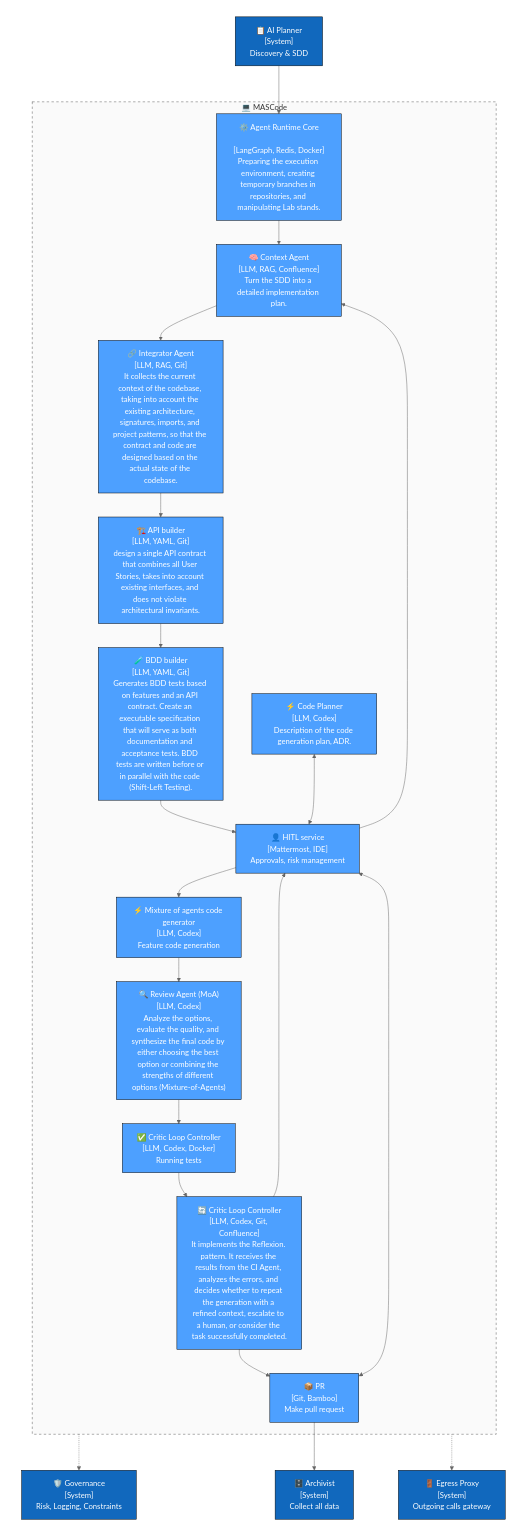
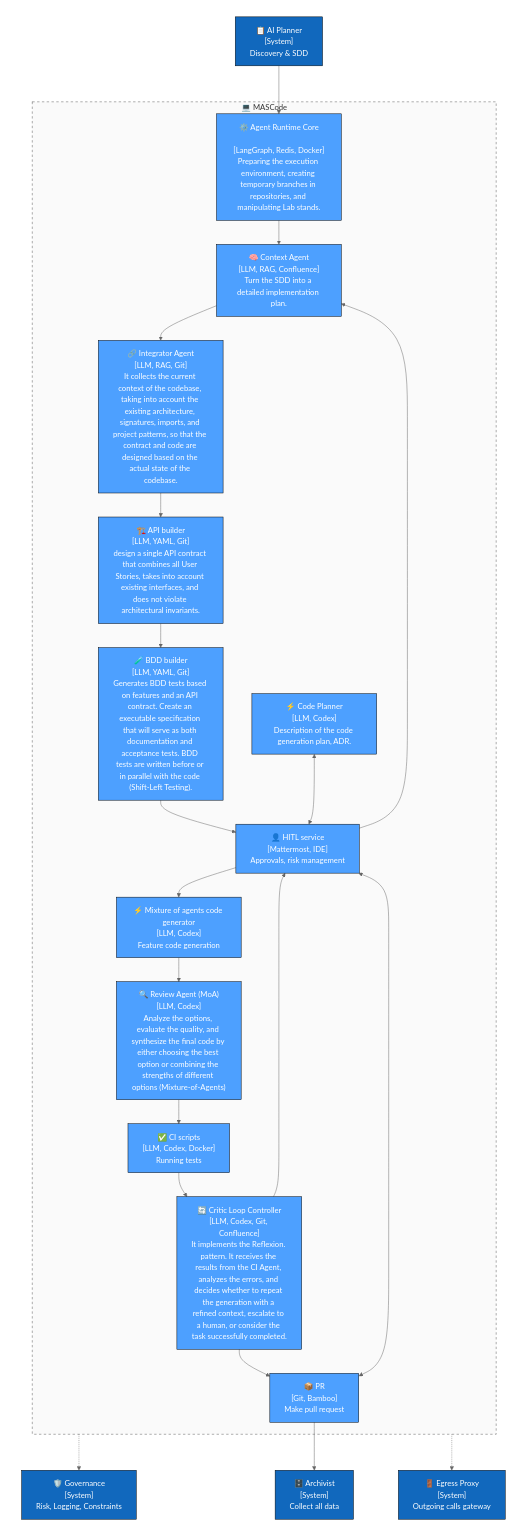
The diagram in c4schemes/container_coder.mmd (Kir-Za/MAS), drawn with Mermaid (neutral theme) before and after one commit. The commit also changed 1 other file, not shown here.

```diff
--- a/c4schemes/container_coder.mmd
+++ b/c4schemes/container_coder.mmd
@@ -1,48 +1,48 @@
 flowchart TD
     classDef actor fill:#08427b,stroke:#000,color:#fff,stroke-width:2px;
     classDef system fill:#1168bd,stroke:#000,color:#fff;
     classDef container fill:#4DA0FF,stroke:#000,color:#fff;
     classDef external fill:#999,stroke:#333,color:#fff;
 
     subgraph group_internal_0[" "]
         planner["📋 AI Planner<br/>[System]<br/>Discovery & SDD"]:::system
     end
 
     subgraph group_internal_1["💻 MASCode"]
         runtime_core["⚙️ Agent Runtime Core<br/><br/>[LangGraph, Redis, Docker]<br/>Preparing the execution environment, creating temporary branches in repositories, and manipulating Lab stands."]:::container
         context_agent["🧠 Context Agent<br/>[LLM, RAG, Confluence]<br/>Turn the SDD into a detailed implementation plan."]:::container
         integrator_agent["🔗 Integrator Agent<br/>[LLM, RAG, Git]<br/>It collects the current context of the codebase, taking into account the existing architecture, signatures, imports, and project patterns, so that the contract and code are designed based on the actual state of the codebase."]:::container
         api_agent["🏗️ API builder<br/>[LLM, YAML, Git]<br/>design a single API contract that combines all User Stories, takes into account existing interfaces, and does not violate architectural invariants."]:::container
         bdd_agent["🧪 BDD builder<br/>[LLM, YAML, Git]<br/>Generates BDD tests based on features and an API contract. Create an executable specification that will serve as both documentation and acceptance tests. BDD tests are written before or in parallel with the code (Shift-Left Testing)."]:::container
         hitl["👤 HITL service<br/>[Mattermost, IDE]<br/>Approvals, risk management"]:::container
         code_plan_agent["⚡ Code Planner<br/>[LLM, Codex]<br/>Description of the code generation plan, ADR."]:::container
         code_agent["⚡ Mixture of agents code generator<br/>[LLM, Codex]<br/>Feature code generation"]:::container
         review_agent["🔍 Review Agent (MoA)<br/>[LLM, Codex]<br/>Analyze the options, evaluate the quality, and synthesize the final code by either choosing the best option or combining the strengths of different options (Mixture-of-Agents)"]:::container
         critic_agent["🔄 Critic Loop Controller<br/>[LLM, Codex, Git, Confluence]<br/>It implements the Reflexion. pattern. It receives the results from the CI Agent, analyzes the errors, and decides whether to repeat the generation with a refined context, escalate to a human, or consider the task successfully completed."]:::container
-        ci_scripts["✅ Critic Loop Controller<br/>[LLM, Codex, Docker]<br/>Running tests"]:::container       
+        ci_scripts["✅ CI scripts<br/>[LLM, Codex, Docker]<br/>Running tests"]:::container       
         pr_scripts["📦 PR<br/>[Git, Bamboo]<br/>Make pull request"]:::container
 
     end
 
     subgraph group_internal_2[" "]
         governance["🛡️ Governance<br/>[System]<br/>Risk, Logging, Constraints"]:::system
         archivist["🗄️ Archivist<br/>[System]<br/>Collect all data"]:::system
         egress["🚪 Egress Proxy<br/>[System]<br/>Outgoing calls gateway"]:::system
     end
 
     planner --> runtime_core --> context_agent --> integrator_agent
     integrator_agent --> api_agent --> bdd_agent --> hitl --> code_agent
     code_agent --> review_agent --> ci_scripts --> critic_agent --> pr_scripts
 
     critic_agent --> hitl
     pr_scripts <--> hitl
     hitl --> context_agent
     code_plan_agent <--> hitl
 
     group_internal_1 -.-> governance
     pr_scripts --> archivist
     group_internal_1 -.-> egress
 
     style group_internal_0 fill:none,stroke:none,stroke-width:0px;
     style group_internal_1 stroke:#555,stroke-dasharray: 5 5,fill:#f9f9f9,fill-opacity:0.8;
     style group_internal_2 fill:none,stroke:none,stroke-width:0px;
```
